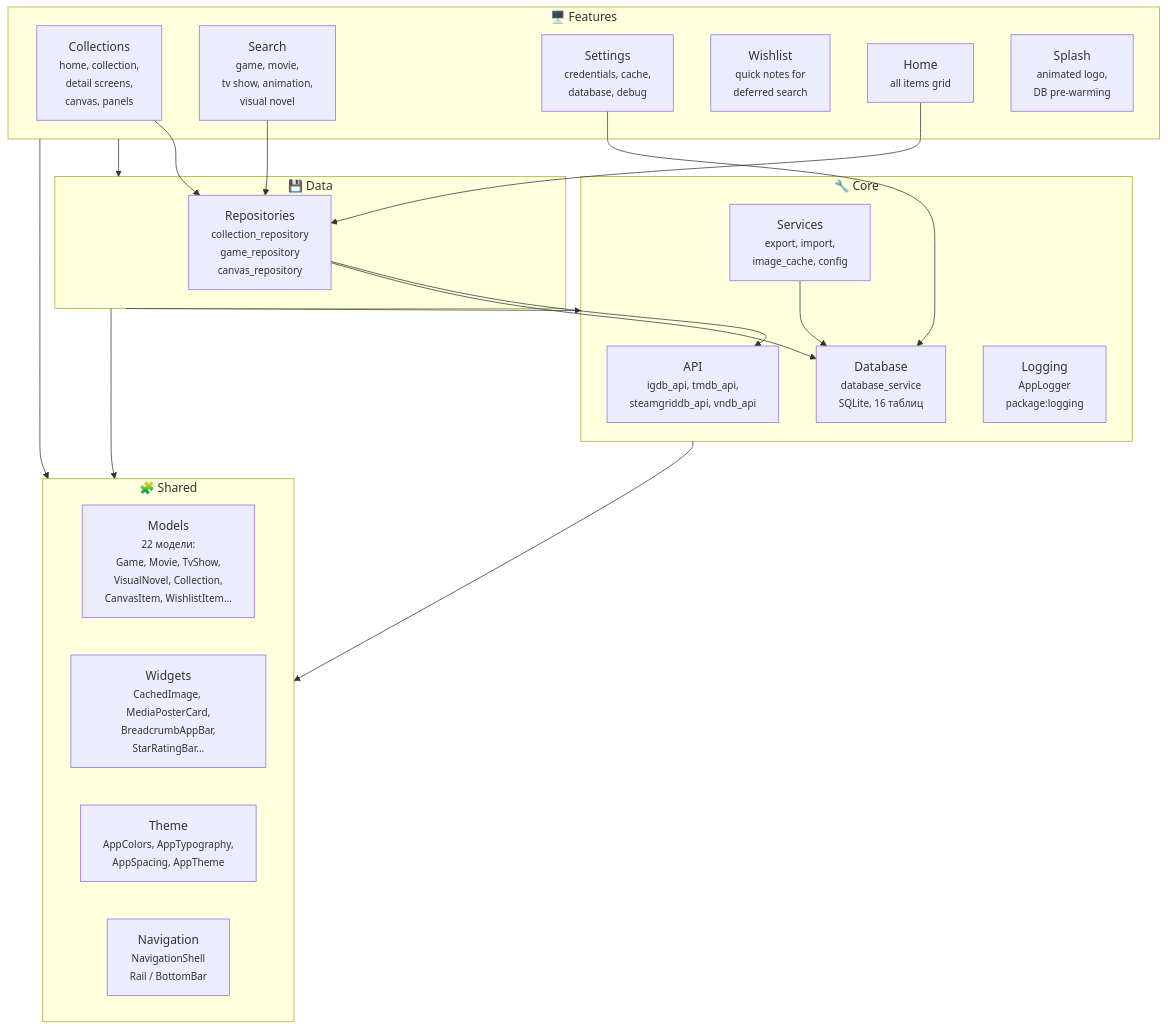
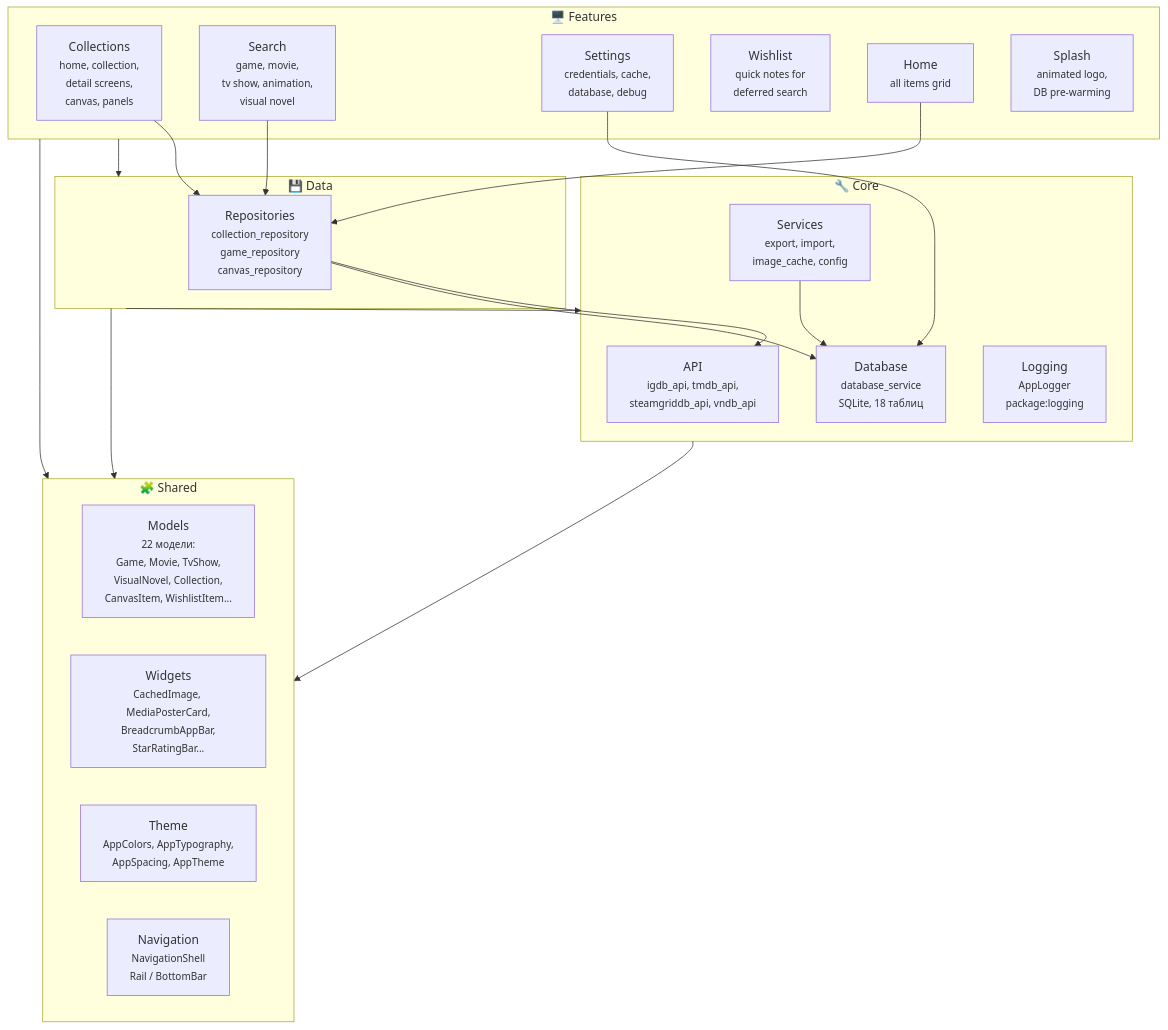
One commit to hacan359/tonkatsu_box changed the first of 2 diagrams in docs/ARCHITECTURE.md. Above: the diagram before and after it, drawn with Mermaid. The commit also changed other lines of this file and 36 other files, not shown here.

````diff
--- a/docs/ARCHITECTURE.md
+++ b/docs/ARCHITECTURE.md
@@ -24,43 +24,43 @@
 ```mermaid
 graph TB
     subgraph core ["🔧 Core"]
         api["API<br/><small>igdb_api, tmdb_api,<br/>steamgriddb_api, vndb_api</small>"]
-        database["Database<br/><small>database_service<br/>SQLite, 16 таблиц</small>"]
+        database["Database<br/><small>database_service<br/>SQLite, 18 таблиц</small>"]
         logging["Logging<br/><small>AppLogger<br/>package:logging</small>"]
         services["Services<br/><small>export, import,<br/>image_cache, config</small>"]
     end
 
     subgraph data ["💾 Data"]
         repositories["Repositories<br/><small>collection_repository<br/>game_repository<br/>canvas_repository</small>"]
     end
 
     subgraph features ["🖥️ Features"]
         collections["Collections<br/><small>home, collection,<br/>detail screens,<br/>canvas, panels</small>"]
         search["Search<br/><small>game, movie,<br/>tv show, animation,<br/>visual novel</small>"]
         settings["Settings<br/><small>credentials, cache,<br/>database, debug</small>"]
         wishlist["Wishlist<br/><small>quick notes for<br/>deferred search</small>"]
         home["Home<br/><small>all items grid</small>"]
         splash["Splash<br/><small>animated logo,<br/>DB pre-warming</small>"]
     end
 
     subgraph shared ["🧩 Shared"]
         models["Models<br/><small>22 модели:<br/>Game, Movie, TvShow,<br/>VisualNovel, Collection,<br/>CanvasItem, WishlistItem...</small>"]
         widgets["Widgets<br/><small>CachedImage, MediaPosterCard,<br/>BreadcrumbAppBar,<br/>StarRatingBar...</small>"]
         theme["Theme<br/><small>AppColors, AppTypography,<br/>AppSpacing, AppTheme</small>"]
         navigation["Navigation<br/><small>NavigationShell<br/>Rail / BottomBar</small>"]
     end
 
     features --> data
     features --> shared
     data --> core
     data --> shared
     core --> shared
 
     collections --> repositories
     search --> repositories
     settings --> database
     home --> repositories
     repositories --> api
     repositories --> database
     services --> database
 ```
````
